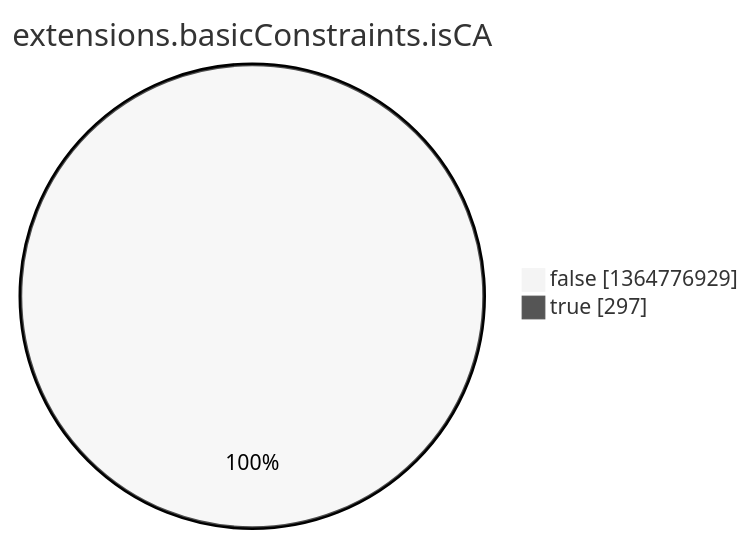
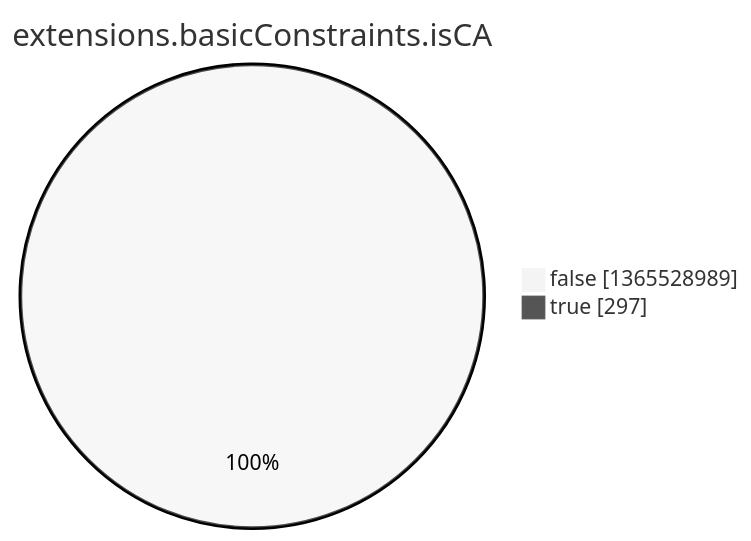
Before and after one commit to christiankrug/ctmonitor_visualization: the eighth of 15 diagrams in argon2022/README.md, drawn with Mermaid (neutral theme). The commit also changed other lines of this file, not shown here.

````diff
--- a/argon2022/README.md
+++ b/argon2022/README.md
@@ -2758,6 +2758,6 @@
 ```mermaid
 pie showData
 title extensions.basicConstraints.isCA
-"false" :1364776929
+"false" :1365528989
 "true" :297
 ```
````
